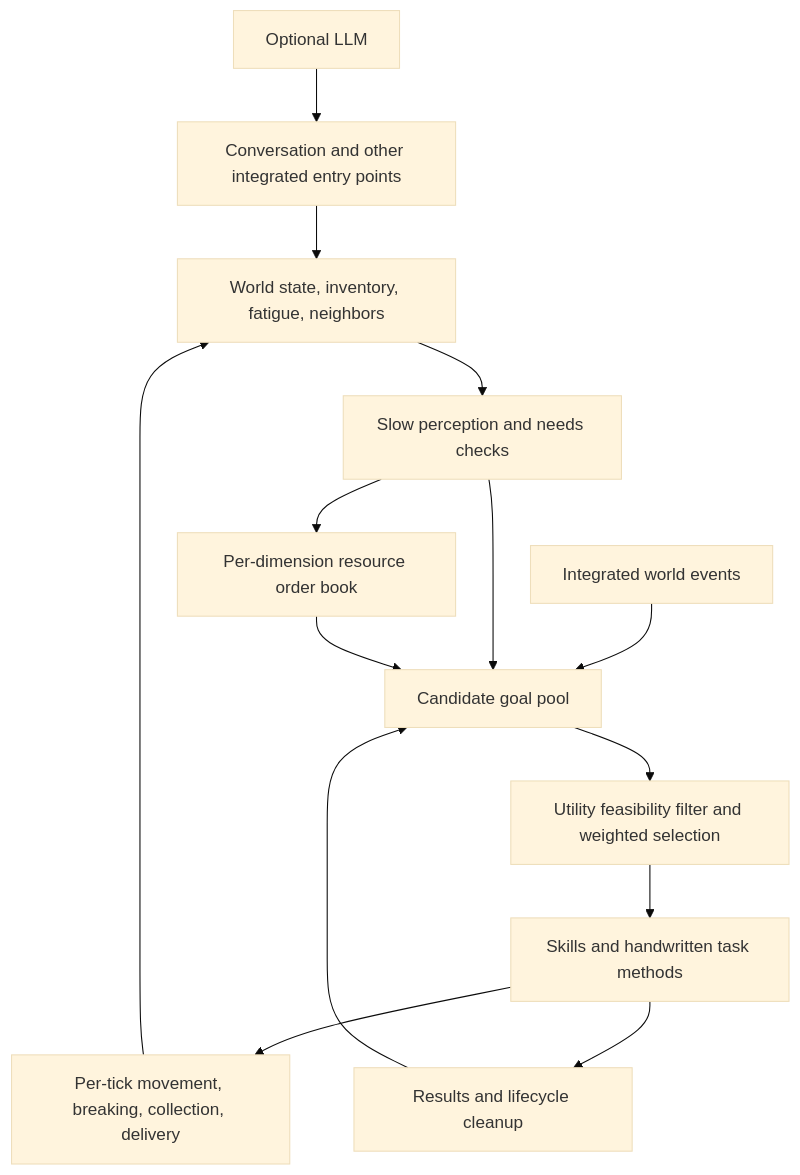
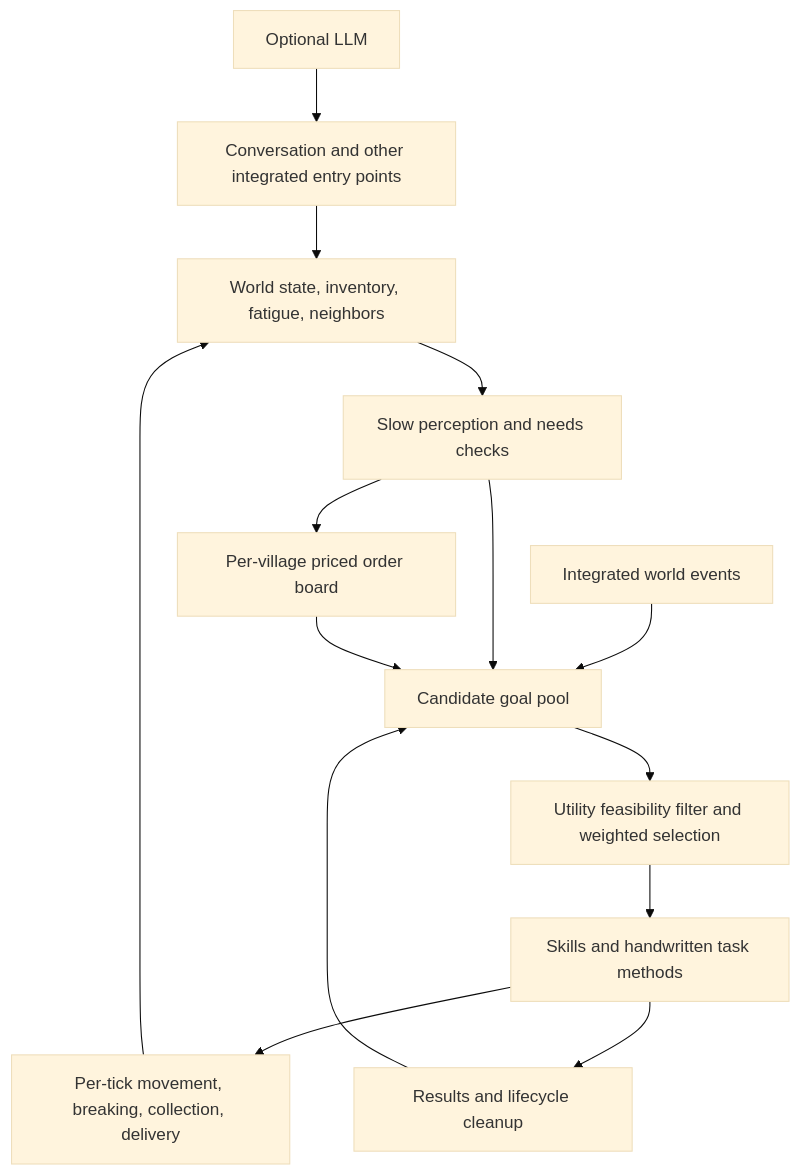
One commit to AaronAAnahc/MinecraftMod-VillagerAgent changed the diagram in docs/execution_pipeline_and_resource_orders.md. Above: the diagram before and after it, drawn with Mermaid (base theme). The commit also changed other lines of this file and 230 other files, not shown here.

````diff
--- a/docs/execution_pipeline_and_resource_orders.md
+++ b/docs/execution_pipeline_and_resource_orders.md
@@ -21,16 +21,16 @@
 ```mermaid
 flowchart TD
     W[World state, inventory, fatigue, neighbors] --> P[Slow perception and needs checks]
     E[Integrated world events] --> G[Candidate goal pool]
     P --> G
-    P --> O[Per-dimension resource order book]
+    P --> O[Per-village priced order board]
     O --> G
     G --> U[Utility feasibility filter and weighted selection]
     U --> S[Skills and handwritten task methods]
     S --> A[Per-tick movement, breaking, collection, delivery]
     A --> W
     S --> R[Results and lifecycle cleanup]
     R --> G
     L[Optional LLM] --> C[Conversation and other integrated entry points]
     C --> W
 ```
````
